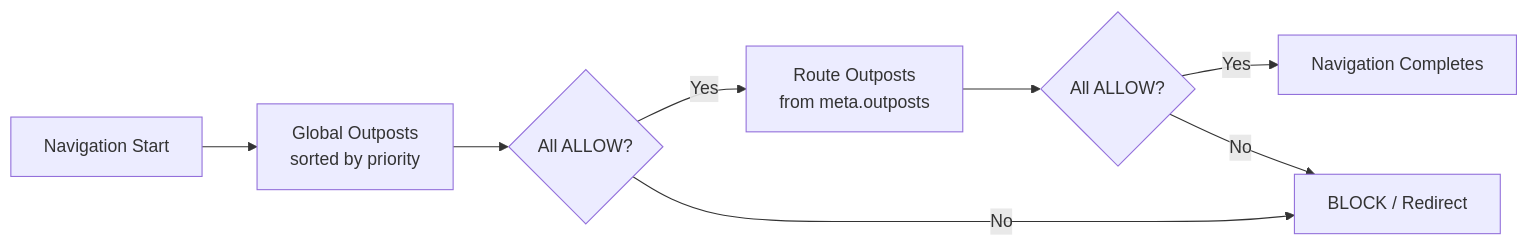
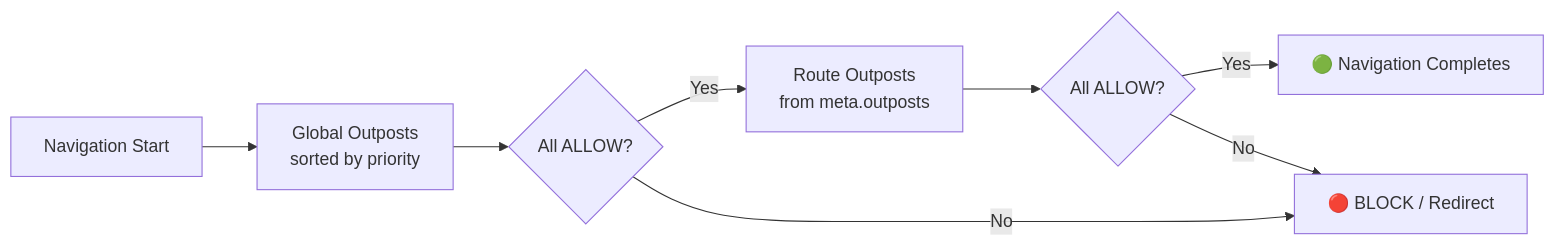
One commit to Kassaila/vue-router-citadel changed the second of 2 diagrams in docs/guide/scopes.md. Above: the diagram before and after it, drawn with Mermaid. The commit also changed other lines of this file and 36 other files, not shown here.

````diff
--- a/docs/guide/scopes.md
+++ b/docs/guide/scopes.md
@@ -77,10 +77,10 @@
 ```mermaid
 flowchart LR
     A[Navigation Start] --> B[Global Outposts<br/>sorted by priority]
     B --> C{All ALLOW?}
     C -->|Yes| D[Route Outposts<br/>from meta.outposts]
-    C -->|No| E[BLOCK / Redirect]
+    C -->|No| E[🔴 BLOCK / Redirect]
     D --> F{All ALLOW?}
-    F -->|Yes| G[Navigation Completes]
+    F -->|Yes| G[🟢 Navigation Completes]
     F -->|No| E
 ```
````
